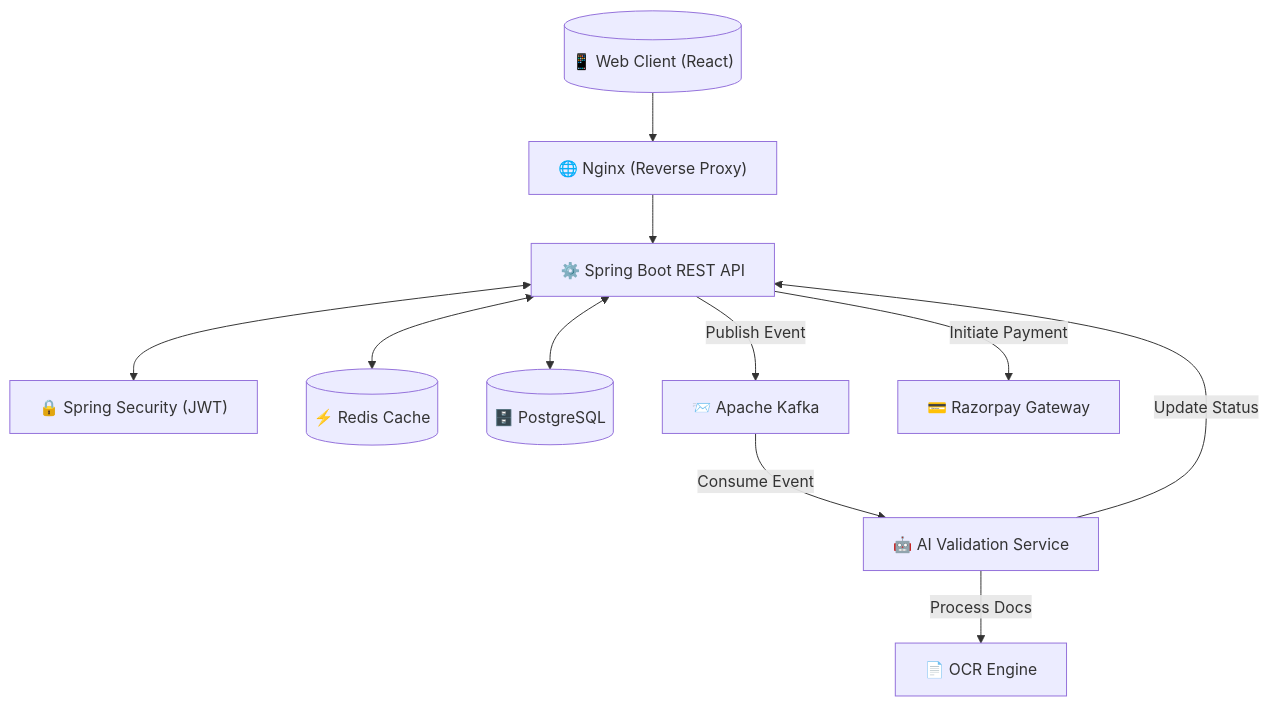
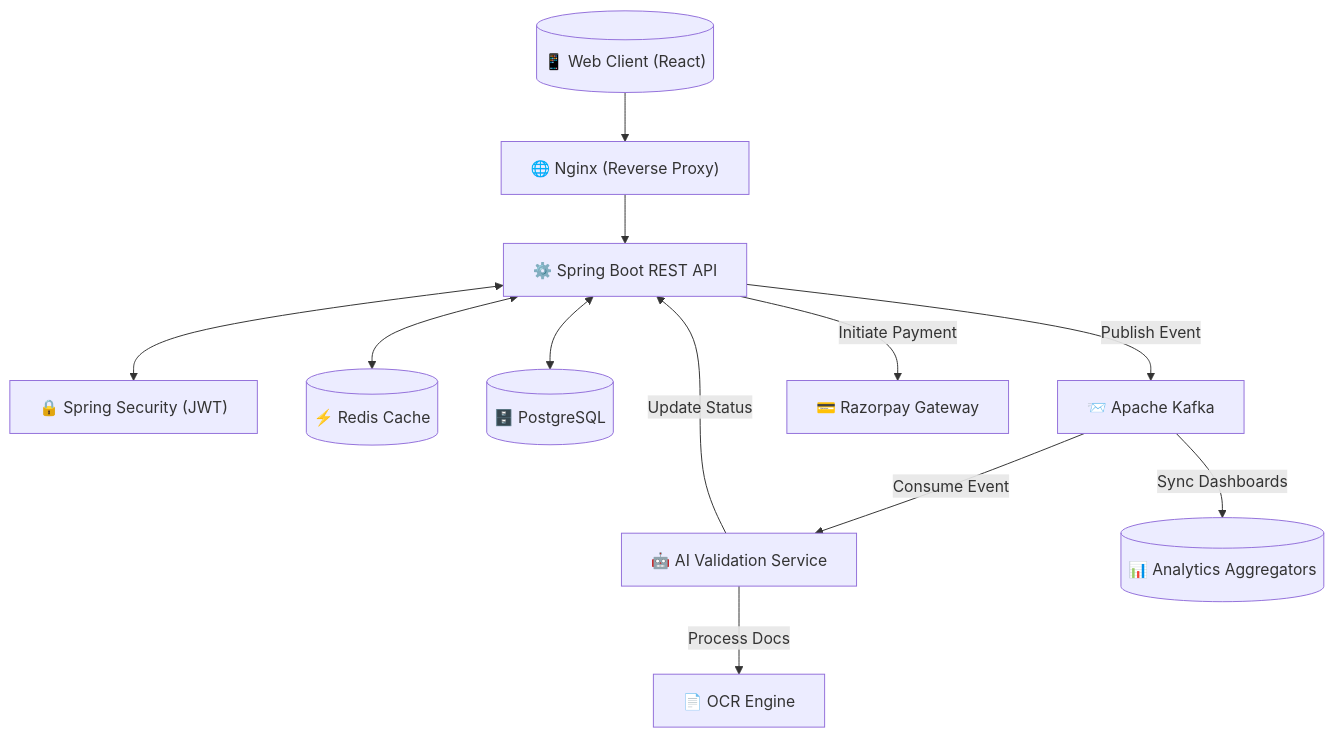
The first of 10 diagrams in README.md (mithun-io/tpa-api), drawn with Mermaid before and after one commit. The commit also changed other lines of this file and 4751 other files, not shown here.

````diff
--- a/README.md
+++ b/README.md
@@ -39,16 +59,18 @@
 ```mermaid
 graph TD
     Client[("📱 Web Client (React)")] --> Nginx["🌐 Nginx (Reverse Proxy)"]
     Nginx --> API["⚙️ Spring Boot REST API"]
     
     API <--> Security["🔒 Spring Security (JWT)"]
     API <--> Cache[("⚡ Redis Cache")]
     API <--> DB[("🗄️ PostgreSQL")]
     
     API -- "Publish Event" --> Kafka["📨 Apache Kafka"]
     Kafka -- "Consume Event" --> AIWorker["🤖 AI Validation Service"]
     AIWorker -- "Process Docs" --> OCR["📄 OCR Engine"]
     AIWorker -- "Update Status" --> API
     
+    Kafka -- "Sync Dashboards" --> Ops[("📊 Analytics Aggregators")]
+    
     API -- "Initiate Payment" --> Razorpay["💳 Razorpay Gateway"]
 ```
````
